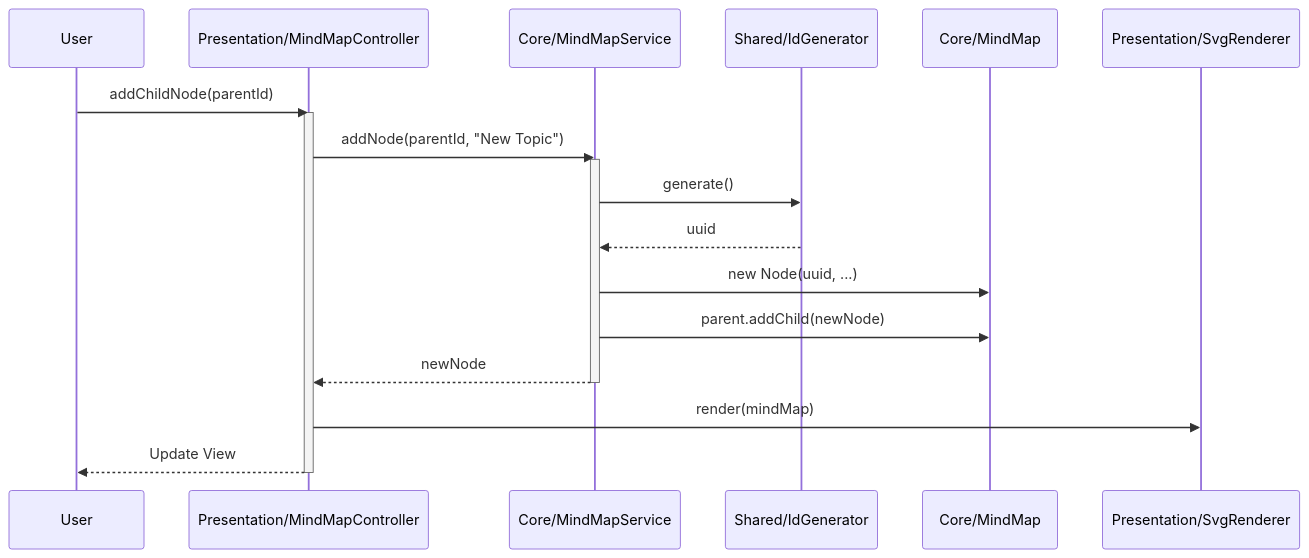
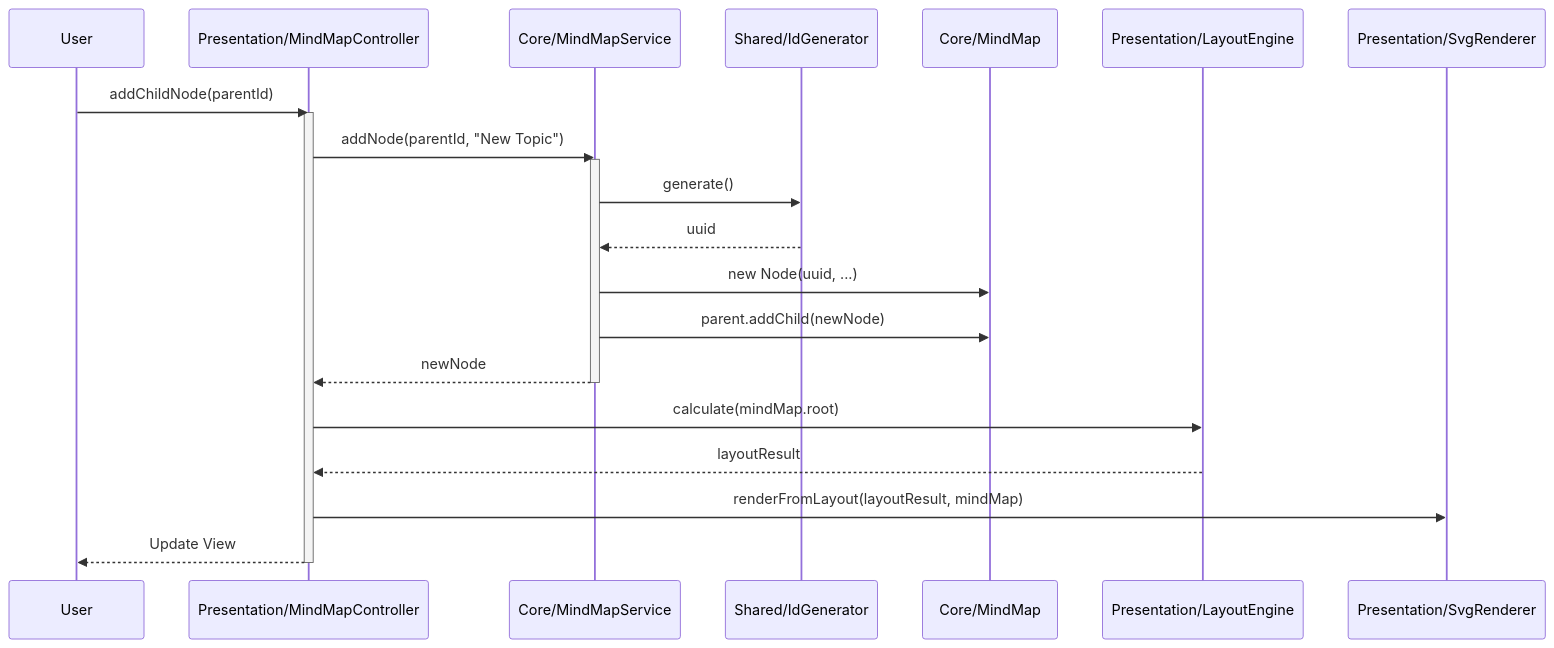
The third of 7 diagrams in docs/SOFTWARE_ARCHITECTURE.md (hiroooo000/kakidash), drawn with Mermaid before and after one commit. The commit also changed other lines of this file and 21 other files, not shown here.

Commit message:
refactor: decompose MindMapController, extract services and fix layout bugs

````diff
--- a/docs/SOFTWARE_ARCHITECTURE.md
+++ b/docs/SOFTWARE_ARCHITECTURE.md
@@ -205,28 +209,31 @@
 ```mermaid
 sequenceDiagram
     participant User
     participant Controller as Presentation/MindMapController
     participant Service as Core/MindMapService
     participant IdGen as Shared/IdGenerator
     participant Entity as Core/MindMap
+    participant Layout as Presentation/LayoutEngine
     participant Renderer as Presentation/SvgRenderer
 
     User->>Controller: addChildNode(parentId)
     activate Controller
 
     Controller->>Service: addNode(parentId, "New Topic")
     activate Service
 
     Service->>IdGen: generate()
     IdGen-->>Service: uuid
 
     Service->>Entity: new Node(uuid, ...)
     Service->>Entity: parent.addChild(newNode)
 
     Service-->>Controller: newNode
     deactivate Service
 
-    Controller->>Renderer: render(mindMap)
+    Controller->>Layout: calculate(mindMap.root)
+    Layout-->>Controller: layoutResult
+    Controller->>Renderer: renderFromLayout(layoutResult, mindMap)
     Controller-->>User: Update View
     deactivate Controller
 ```
````
